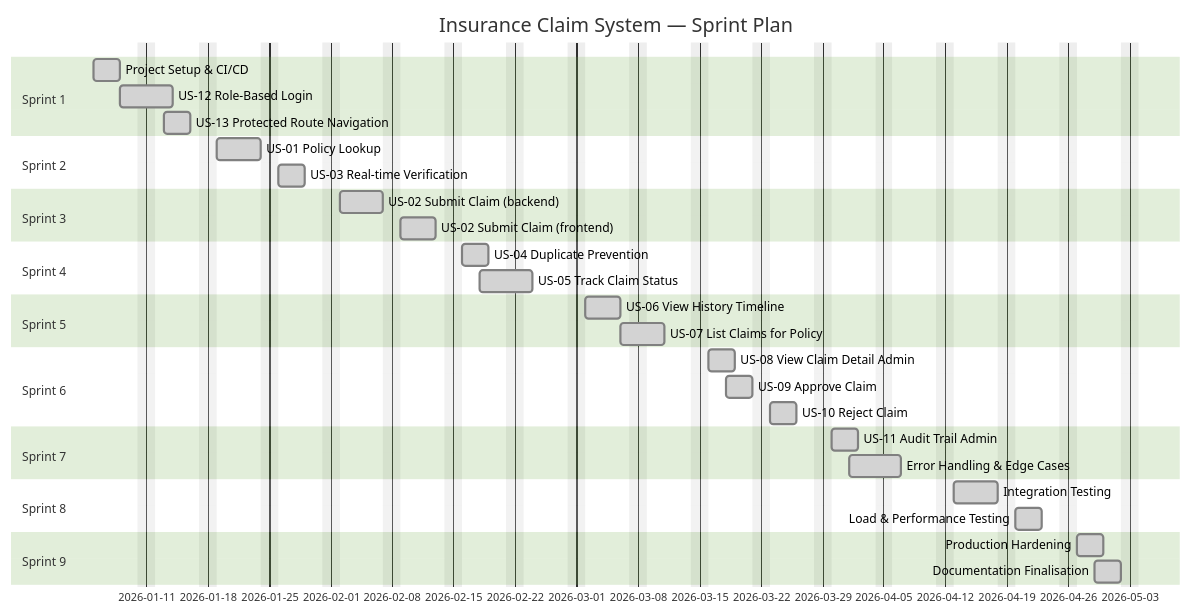
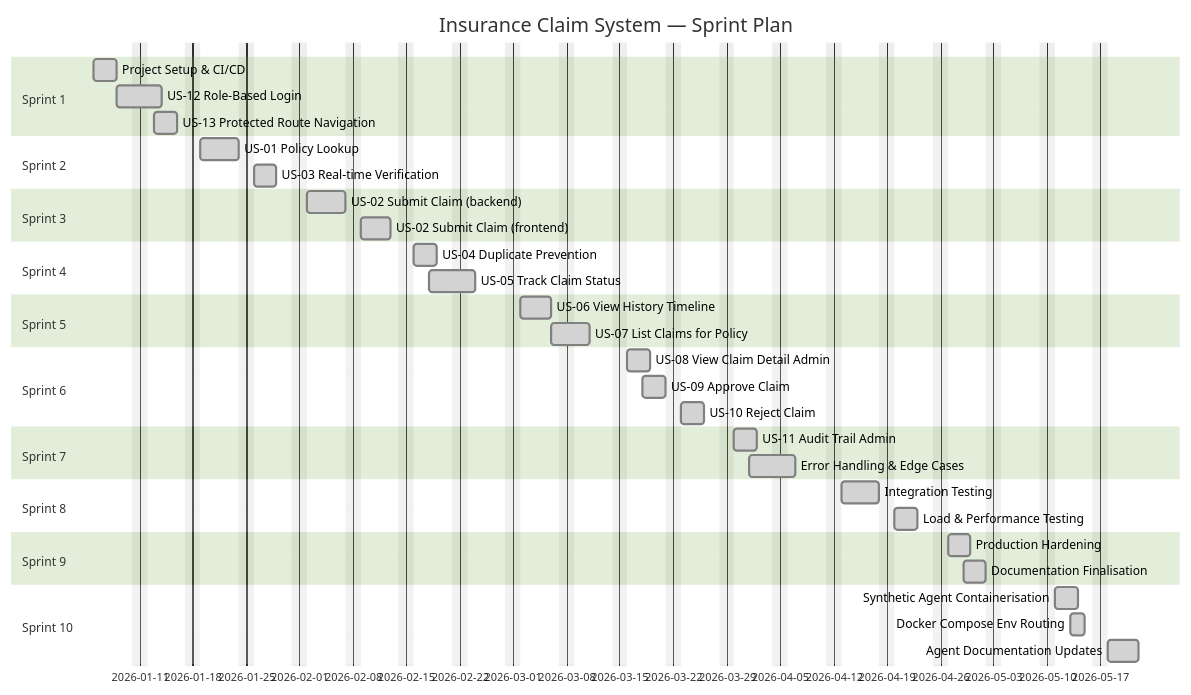
One commit to kv-sub/Random-ui changed the second of 3 diagrams in docs/sprint-plan/09-sprint-plan.md. Above: the diagram before and after it, drawn with Mermaid (forest theme). The commit also changed other lines of this file and 16 other files, not shown here.

Commit message:
Commit for synthetic agent integration

````diff
--- a/docs/sprint-plan/09-sprint-plan.md
+++ b/docs/sprint-plan/09-sprint-plan.md
@@ -51,44 +56,49 @@
 ```mermaid
 gantt
     title Insurance Claim System — Sprint Plan
     dateFormat  YYYY-MM-DD
     excludes weekends
 
     section Sprint 1
     Project Setup & CI/CD            :done, sp1a, 2026-01-05, 3d
     US-12 Role-Based Login            :done, sp1b, 2026-01-08, 4d
     US-13 Protected Route Navigation  :done, sp1c, 2026-01-13, 3d
 
     section Sprint 2
     US-01 Policy Lookup               :done, sp2a, 2026-01-19, 5d
     US-03 Real-time Verification      :done, sp2b, 2026-01-26, 3d
 
     section Sprint 3
     US-02 Submit Claim (backend)      :done, sp3a, 2026-02-02, 5d
     US-02 Submit Claim (frontend)     :done, sp3b, 2026-02-09, 4d
 
     section Sprint 4
     US-04 Duplicate Prevention        :done, sp4a, 2026-02-16, 3d
     US-05 Track Claim Status          :done, sp4b, 2026-02-18, 4d
 
     section Sprint 5
     US-06 View History Timeline       :done, sp5a, 2026-03-02, 4d
     US-07 List Claims for Policy      :done, sp5b, 2026-03-06, 3d
 
     section Sprint 6
     US-08 View Claim Detail Admin     :done, sp6a, 2026-03-16, 3d
     US-09 Approve Claim               :done, sp6b, 2026-03-18, 3d
     US-10 Reject Claim                :done, sp6c, 2026-03-23, 3d
 
     section Sprint 7
     US-11 Audit Trail Admin           :done, sp7a, 2026-03-30, 3d
     Error Handling & Edge Cases       :done, sp7b, 2026-04-01, 4d
 
     section Sprint 8
     Integration Testing               :done, sp8a, 2026-04-13, 5d
     Load & Performance Testing        :done, sp8b, 2026-04-20, 3d
 
     section Sprint 9
     Production Hardening              :done, sp9a, 2026-04-27, 3d
     Documentation Finalisation        :done, sp9b, 2026-04-29, 3d
+
+    section Sprint 10
+    Synthetic Agent Containerisation  :done, sp10a, 2026-05-11, 3d
+    Docker Compose Env Routing        :done, sp10b, 2026-05-13, 2d
+    Agent Documentation Updates       :done, sp10c, 2026-05-18, 4d
 ```
````
